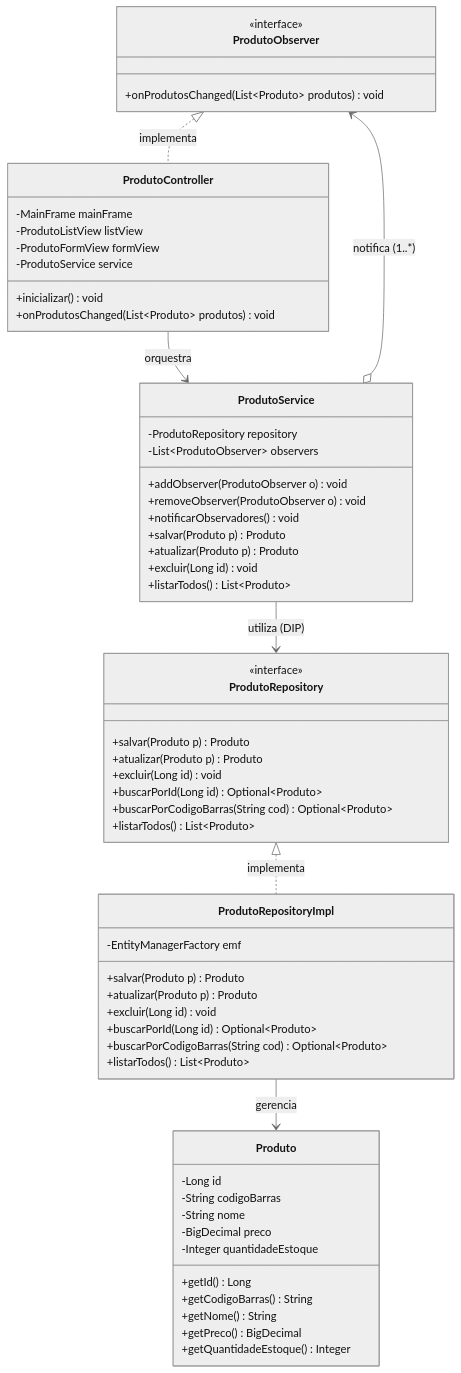
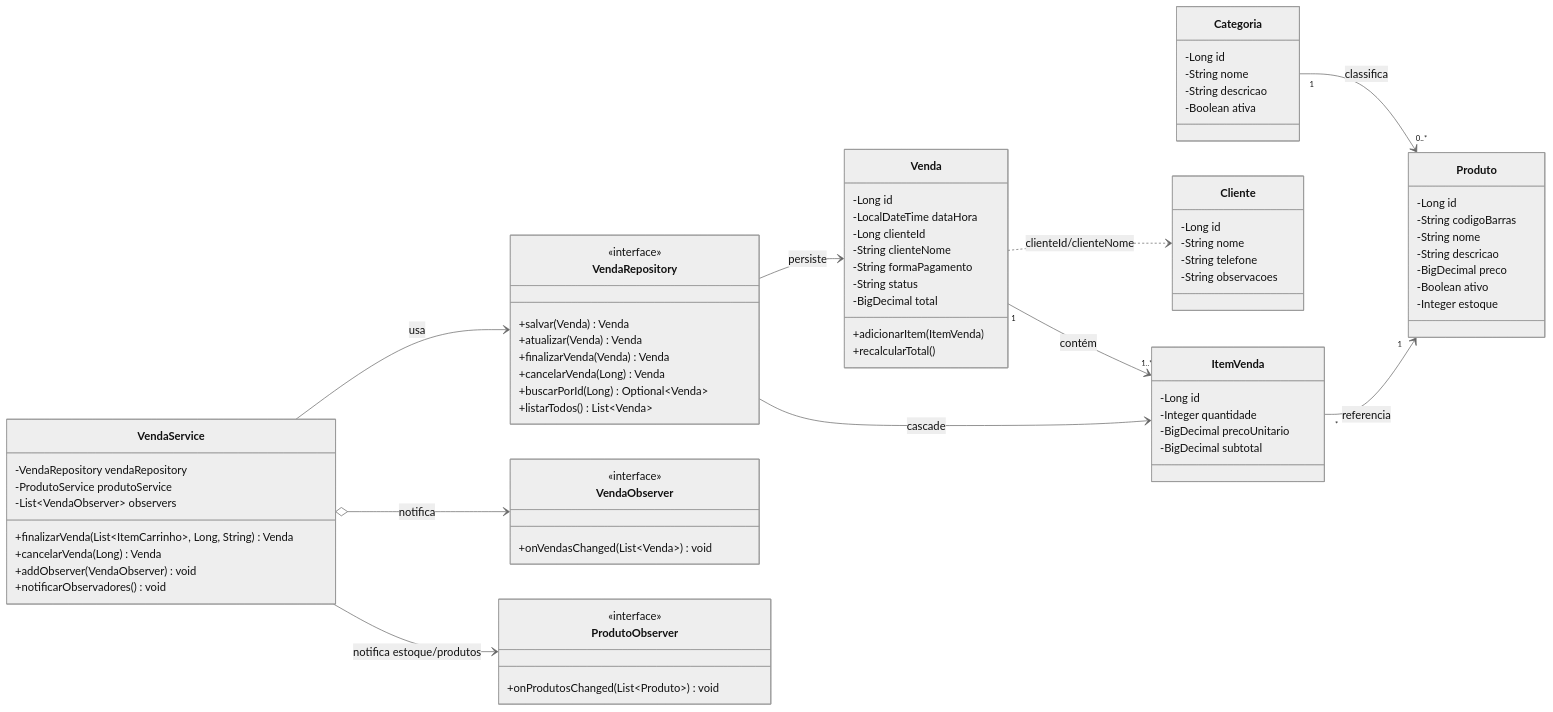
The third of 3 diagrams in README.md (jenifferCamar/projeto-caina), drawn with Mermaid (neutral theme) before and after one commit. The commit also changed other lines of this file, not shown here.

First line of the commit message:
docs(readme): atualiza diagramas Mermaid de arquitetura e venda (Card 23)

````diff
--- a/README.md
+++ b/README.md
@@ -159,68 +197,88 @@
 ```mermaid
 classDiagram
+    direction LR
+
+    class Categoria {
+        -Long id
+        -String nome
+        -String descricao
+        -Boolean ativa
+    }
+
     class Produto {
         -Long id
         -String codigoBarras
         -String nome
+        -String descricao
         -BigDecimal preco
-        -Integer quantidadeEstoque
-        +getId() Long
-        +getCodigoBarras() String
-        +getNome() String
-        +getPreco() BigDecimal
-        +getQuantidadeEstoque() Integer
+        -Boolean ativo
+        -Integer estoque
+    }
+
+    class Cliente {
+        -Long id
+        -String nome
+        -String telefone
+        -String observacoes
+    }
+
+    class Venda {
+        -Long id
+        -LocalDateTime dataHora
+        -Long clienteId
+        -String clienteNome
+        -String formaPagamento
+        -String status
+        -BigDecimal total
+        +adicionarItem(ItemVenda)
+        +recalcularTotal()
+    }
+
+    class ItemVenda {
+        -Long id
+        -Integer quantidade
+        -BigDecimal precoUnitario
+        -BigDecimal subtotal
+    }
+
+    class VendaRepository {
+        <<interface>>
+        +salvar(Venda) Venda
+        +atualizar(Venda) Venda
+        +finalizarVenda(Venda) Venda
+        +cancelarVenda(Long) Venda
+        +buscarPorId(Long) Optional~Venda~
+        +listarTodos() List~Venda~
+    }
+
+    class VendaService {
+        -VendaRepository vendaRepository
+        -ProdutoService produtoService
+        -List~VendaObserver~ observers
+        +finalizarVenda(List~ItemCarrinho~, Long, String) Venda
+        +cancelarVenda(Long) Venda
+        +addObserver(VendaObserver) void
+        +notificarObservadores() void
+    }
+
+    class VendaObserver {
+        <<interface>>
+        +onVendasChanged(List~Venda~) void
     }
 
     class ProdutoObserver {
         <<interface>>
-        +onProdutosChanged(List~Produto~ produtos) void
+        +onProdutosChanged(List~Produto~) void
     }
 
-    class ProdutoRepository {
-        <<interface>>
-        +salvar(Produto p) Produto
-        +atualizar(Produto p) Produto
-        +excluir(Long id) void
-        +buscarPorId(Long id) Optional~Produto~
-        +buscarPorCodigoBarras(String cod) Optional~Produto~
-        +listarTodos() List~Produto~
-    }
+    Categoria "1" --> "0..*" Produto : classifica
+    Venda "1" --> "1..*" ItemVenda : contém
+    ItemVenda "*" --> "1" Produto : referencia
+    Venda ..> Cliente : clienteId/clienteNome
 
-    class ProdutoRepositoryImpl {
-        -EntityManagerFactory emf
-        +salvar(Produto p) Produto
-        +atualizar(Produto p) Produto
-        +excluir(Long id) void
-        +buscarPorId(Long id) Optional~Produto~
-        +buscarPorCodigoBarras(String cod) Optional~Produto~
-        +listarTodos() List~Produto~
-    }
-
-    class ProdutoService {
-        -ProdutoRepository repository
-        -List~ProdutoObserver~ observers
-        +addObserver(ProdutoObserver o) void
-        +removeObserver(ProdutoObserver o) void
-        +notificarObservadores() void
-        +salvar(Produto p) Produto
-        +atualizar(Produto p) Produto
-        +excluir(Long id) void
-        +listarTodos() List~Produto~
-    }
-
-    class ProdutoController {
-        -MainFrame mainFrame
-        -ProdutoListView listView
-        -ProdutoFormView formView
-        -ProdutoService service
-        +inicializar() void
-        +onProdutosChanged(List~Produto~ produtos) void
-    }
-
-    ProdutoRepository <|.. ProdutoRepositoryImpl : implementa
-    ProdutoObserver <|.. ProdutoController : implementa
-    ProdutoService o--> ProdutoObserver : notifica (1..*)
-    ProdutoService --> ProdutoRepository : utiliza (DIP)
-    ProdutoController --> ProdutoService : orquestra
-    ProdutoRepositoryImpl --> Produto : gerencia
+    VendaService --> VendaRepository : usa
+    VendaService o--> VendaObserver : notifica
+    VendaService --> ProdutoObserver : notifica estoque/produtos
+    VendaRepository --> Venda : persiste
+    VendaRepository --> ItemVenda : cascade
 ```
````
